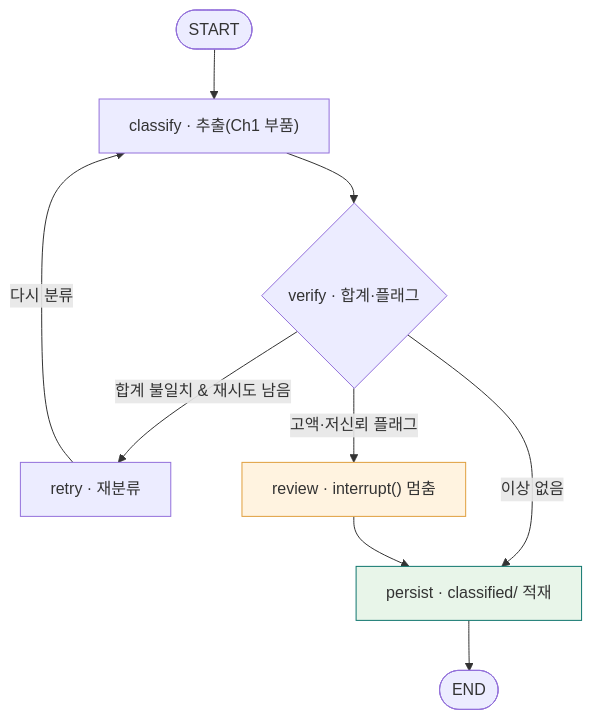
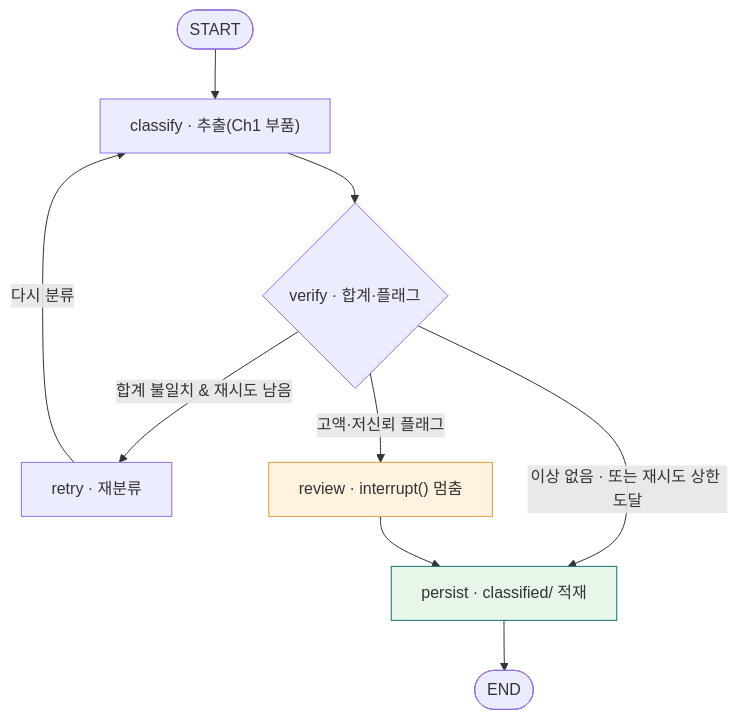
Before and after one commit to Yo-sure/deepagents-handson: the second of 4 diagrams in books/md/Chapter 2. LangChain LangGraph Agent와 Harness 구조.md, drawn with Mermaid. The commit also changed other lines of this file, not shown here.

````diff
--- a/books/md/Chapter 2. LangChain LangGraph Agent와 Harness 구조.md
+++ b/books/md/Chapter 2. LangChain LangGraph Agent와 Harness 구조.md
@@ -144,13 +144,13 @@
 ```mermaid
 flowchart TD
     S([START]) --> CL["classify · 추출(Ch1 부품)"]
     CL --> VE{"verify · 합계·플래그"}
     VE -->|"합계 불일치 & 재시도 남음"| RT["retry · 재분류"]
     RT -->|"다시 분류"| CL
     VE -->|"고액·저신뢰 플래그"| RV["review · interrupt() 멈춤"]
-    VE -->|"이상 없음"| PS["persist · classified/ 적재"]
+    VE -->|"이상 없음 · 또는 재시도 상한 도달"| PS["persist · classified/ 적재"]
     RV --> PS
     PS --> E([END])
     style RV fill:#fff3e0,stroke:#e09f3e
     style PS fill:#e8f5e9,stroke:#0f766e
 ```
````
